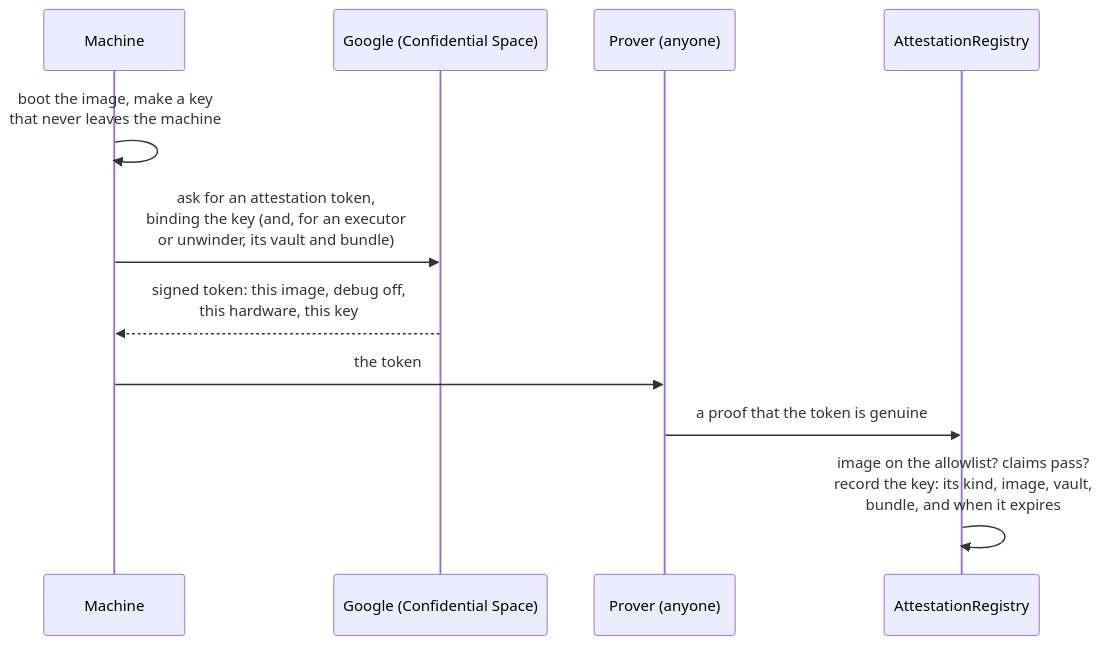
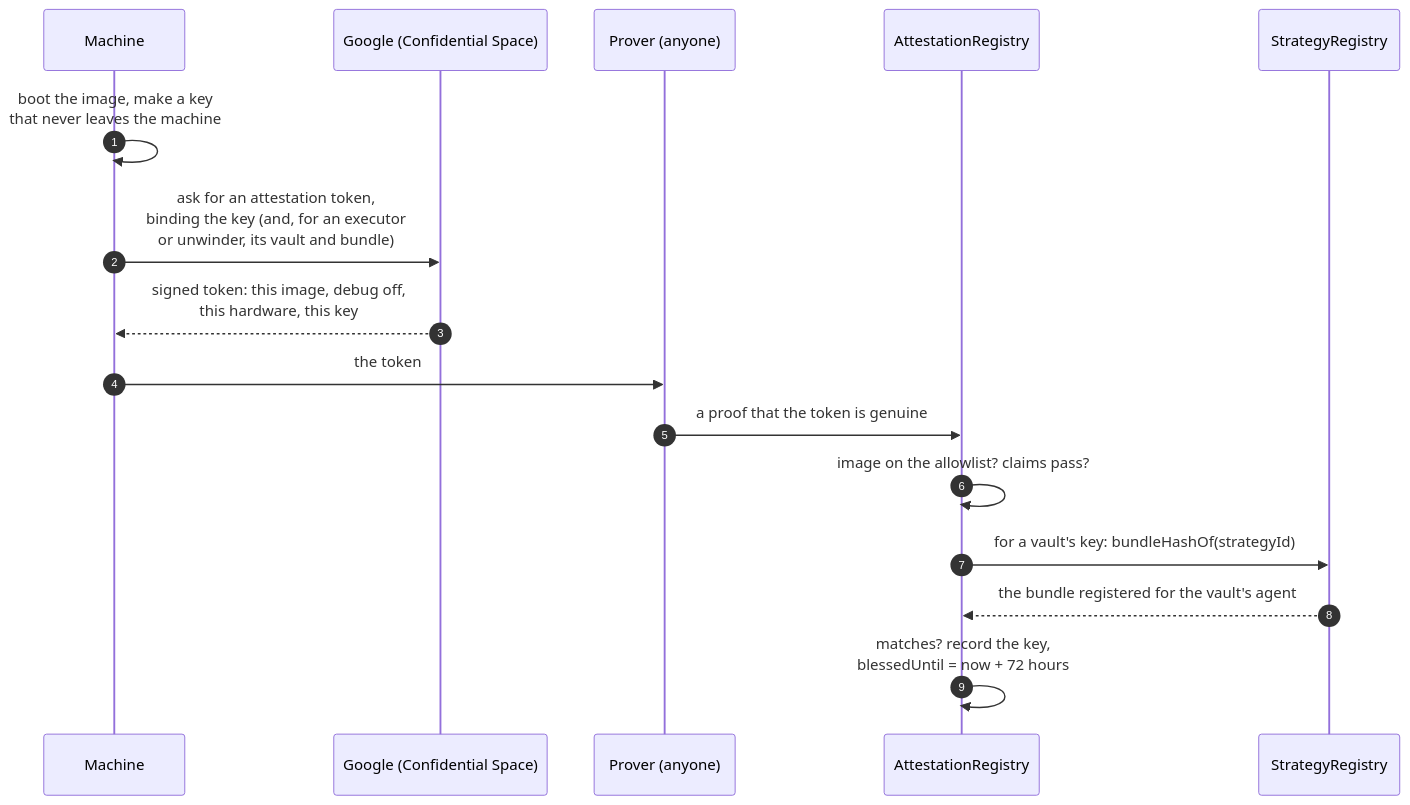
The diagram in docs/content/under-the-hood/machines.md (ShoninFi/shonin-platform), drawn with Mermaid before and after one commit. The commit also changed other lines of this file and 21 other files, not shown here.

````diff
--- a/docs/content/under-the-hood/machines.md
+++ b/docs/content/under-the-hood/machines.md
@@ -18,13 +18,18 @@
 ```mermaid
 sequenceDiagram
+    autonumber
     participant M as Machine
     participant G as Google (Confidential Space)
     participant P as Prover (anyone)
     participant R as AttestationRegistry
+    participant S as StrategyRegistry
     M->>M: boot the image, make a key<br/>that never leaves the machine
     M->>G: ask for an attestation token,<br/>binding the key (and, for an executor<br/>or unwinder, its vault and bundle)
     G-->>M: signed token: this image, debug off,<br/>this hardware, this key
     M->>P: the token
     P->>R: a proof that the token is genuine
-    R->>R: image on the allowlist? claims pass?<br/>record the key: its kind, image, vault,<br/>bundle, and when it expires
+    R->>R: image on the allowlist? claims pass?
+    R->>S: for a vault's key: bundleHashOf(strategyId)
+    S-->>R: the bundle registered for the vault's agent
+    R->>R: matches? record the key,<br/>blessedUntil = now + 72 hours
 ```
````
